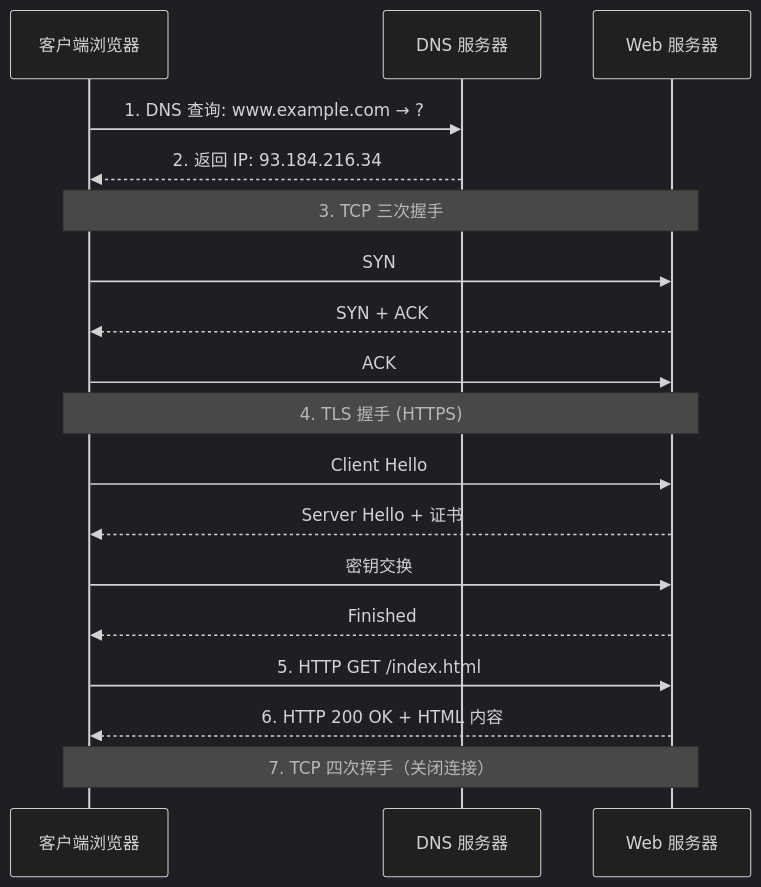
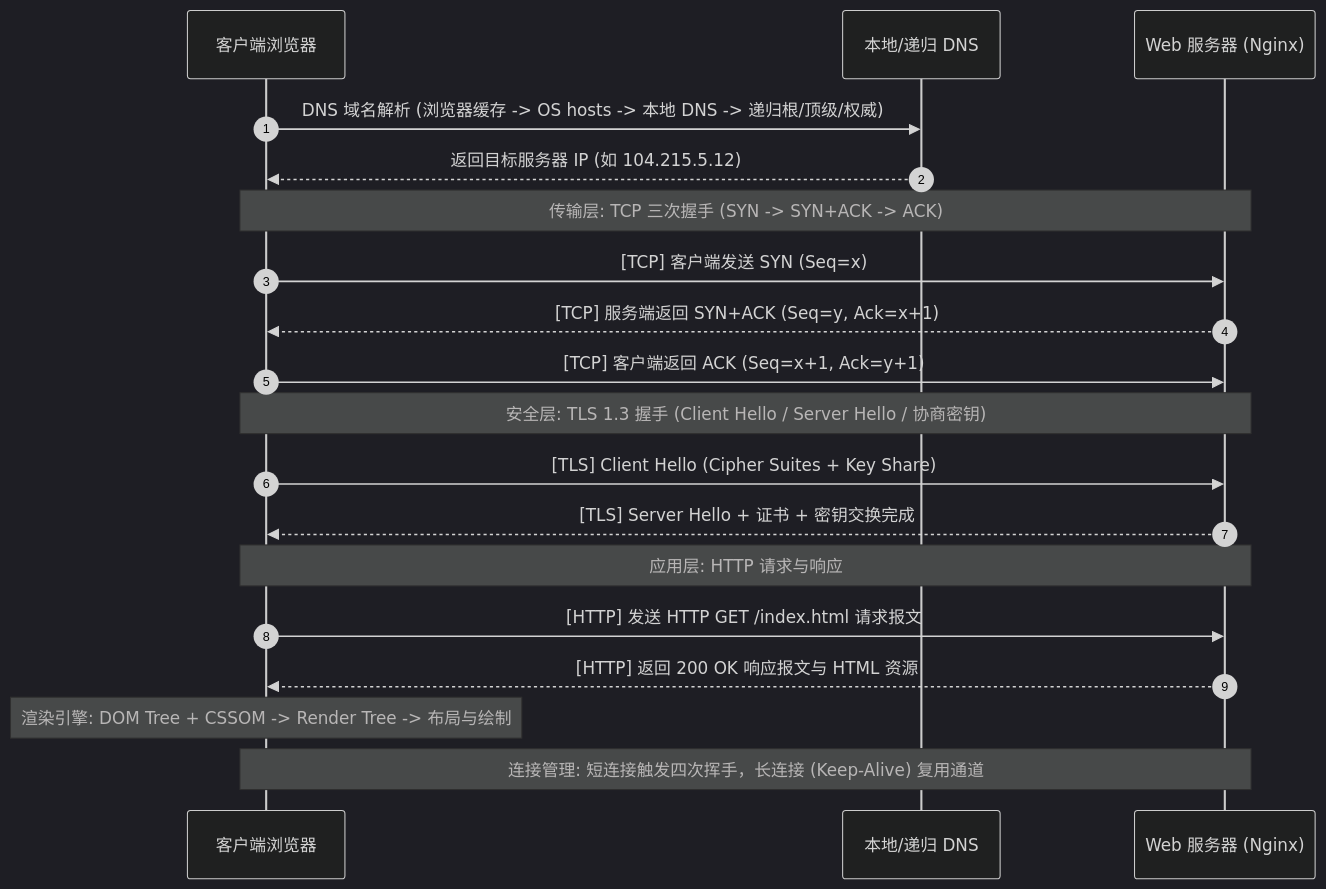
Before and after one commit to Lumivers/firefly: the second of 3 diagrams in src/content/posts/network/01_network_model.md, drawn with Mermaid (dark theme). The commit also changed other lines of this file and 18 other files, not shown here.

````diff
--- a/src/content/posts/network/01_network_model.md
+++ b/src/content/posts/network/01_network_model.md
@@ -98,25 +89,22 @@
 ```mermaid
 sequenceDiagram
-    participant Client as 客户端浏览器
-    participant DNS as DNS 服务器
-    participant Server as Web 服务器
+    autonumber
+    participant Browser as 客户端浏览器
+    participant DNS as 本地/递归 DNS
+    participant Server as Web 服务器 (Nginx)
 
-    Client->>DNS: 1. DNS 查询: www.example.com → ?
-    DNS-->>Client: 2. 返回 IP: 93.184.216.34
-
-    Note over Client,Server: 3. TCP 三次握手
-    Client->>Server: SYN
-    Server-->>Client: SYN + ACK
-    Client->>Server: ACK
-
-    Note over Client,Server: 4. TLS 握手 (HTTPS)
-    Client->>Server: Client Hello
-    Server-->>Client: Server Hello + 证书
-    Client->>Server: 密钥交换
-    Server-->>Client: Finished
-
-    Client->>Server: 5. HTTP GET /index.html
-    Server-->>Client: 6. HTTP 200 OK + HTML 内容
-
-    Note over Client,Server: 7. TCP 四次挥手（关闭连接）
+    Browser->>DNS: DNS 域名解析 (浏览器缓存 -> OS hosts -> 本地 DNS -> 递归根/顶级/权威)
+    DNS-->>Browser: 返回目标服务器 IP (如 104.215.5.12)
+    Note over Browser,Server: 传输层: TCP 三次握手 (SYN -> SYN+ACK -> ACK)
+    Browser->>Server: [TCP] 客户端发送 SYN (Seq=x)
+    Server-->>Browser: [TCP] 服务端返回 SYN+ACK (Seq=y, Ack=x+1)
+    Browser->>Server: [TCP] 客户端返回 ACK (Seq=x+1, Ack=y+1)
+    Note over Browser,Server: 安全层: TLS 1.3 握手 (Client Hello / Server Hello / 协商密钥)
+    Browser->>Server: [TLS] Client Hello (Cipher Suites + Key Share)
+    Server-->>Browser: [TLS] Server Hello + 证书 + 密钥交换完成
+    Note over Browser,Server: 应用层: HTTP 请求与响应
+    Browser->>Server: [HTTP] 发送 HTTP GET /index.html 请求报文
+    Server-->>Browser: [HTTP] 返回 200 OK 响应报文与 HTML 资源
+    Note over Browser: 渲染引擎: DOM Tree + CSSOM -> Render Tree -> 布局与绘制
+    Note over Browser,Server: 连接管理: 短连接触发四次挥手，长连接 (Keep-Alive) 复用通道
 ```
````
